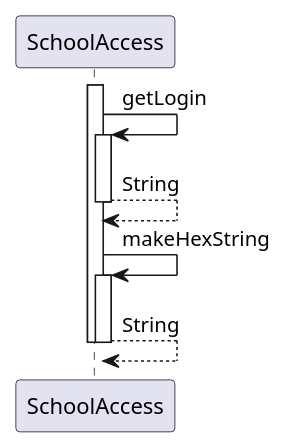
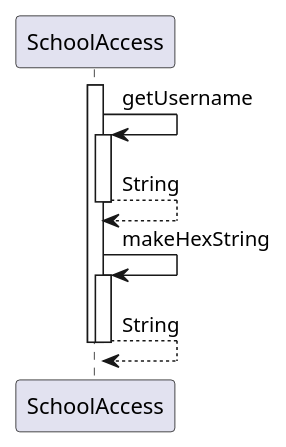
The diagram in micro-core/documentation/puml/sequence-diagrams/SchoolAccess.makeSignatureFor.puml (OlegSopilnyak/school-demo), drawn with PlantUML before and after one commit. The commit also changed 21 other files, not shown here.

```diff
--- a/micro-core/documentation/puml/sequence-diagrams/SchoolAccess.makeSignatureFor.puml
+++ b/micro-core/documentation/puml/sequence-diagrams/SchoolAccess.makeSignatureFor.puml
@@ -3,16 +3,16 @@
 @startuml
 
 participant SchoolAccess
 
 activate SchoolAccess
-	SchoolAccess -> SchoolAccess : getLogin
+	SchoolAccess -> SchoolAccess : getUsername
 	activate SchoolAccess
 		SchoolAccess --> SchoolAccess : String
 	deactivate SchoolAccess
 	SchoolAccess -> SchoolAccess : makeHexString
 	activate SchoolAccess
 		SchoolAccess --> SchoolAccess : String
 	deactivate SchoolAccess
 deactivate SchoolAccess
 
 @enduml
```
